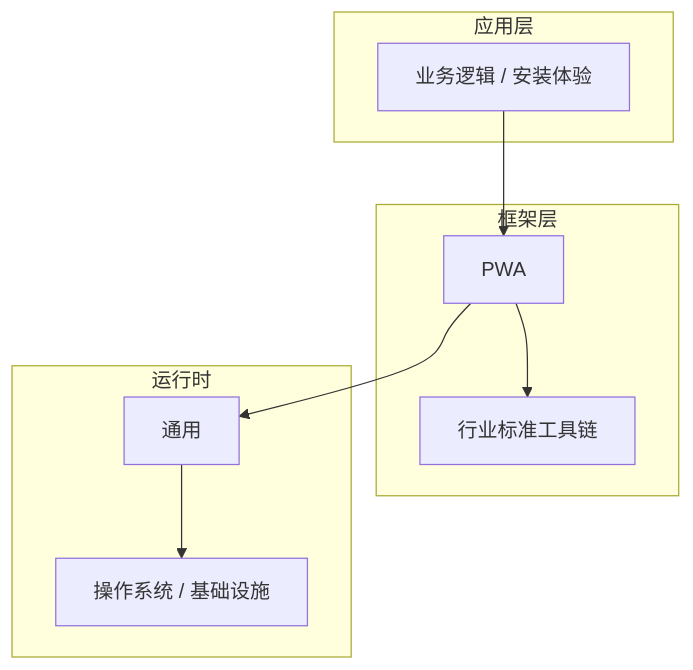
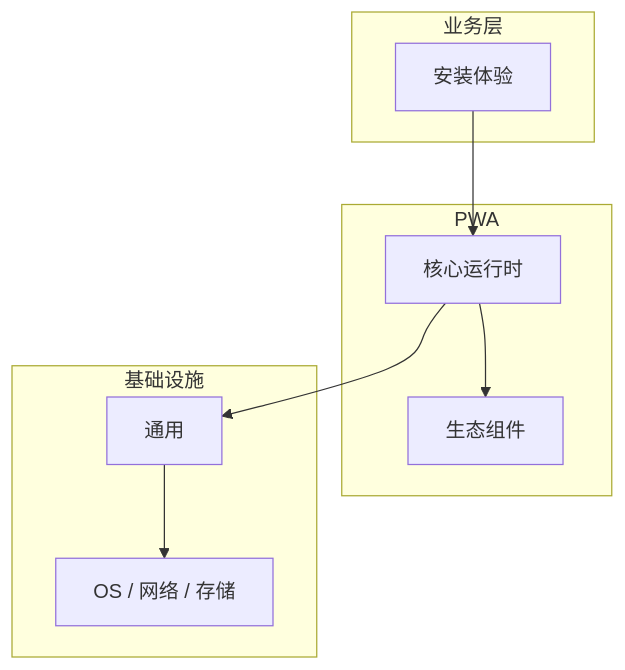
The diagram in articles/PWA/chapters/037-安装体验核心概念与原理.md (yanggan2015/knowledge-json-v2), drawn with Mermaid before and after one commit. The commit also changed other lines of this file and 10127 other files, not shown here.

````diff
--- a/articles/PWA/chapters/037-安装体验核心概念与原理.md
+++ b/articles/PWA/chapters/037-安装体验核心概念与原理.md
@@ -45,18 +34,18 @@
 ```mermaid
 graph TB
-    subgraph 应用层
-        A[业务逻辑 / 安装体验]
+    subgraph 业务层
+        A[安装体验]
     end
-    subgraph 框架层
-        B[PWA]
-        C[行业标准工具链]
+    subgraph PWA
+        B[核心运行时]
+        C[生态组件]
     end
-    subgraph 运行时
+    subgraph 基础设施
         D[通用]
-        E[操作系统 / 基础设施]
+        E[OS / 网络 / 存储]
     end
     A --> B
     B --> C
     B --> D
     D --> E
 ```
````
